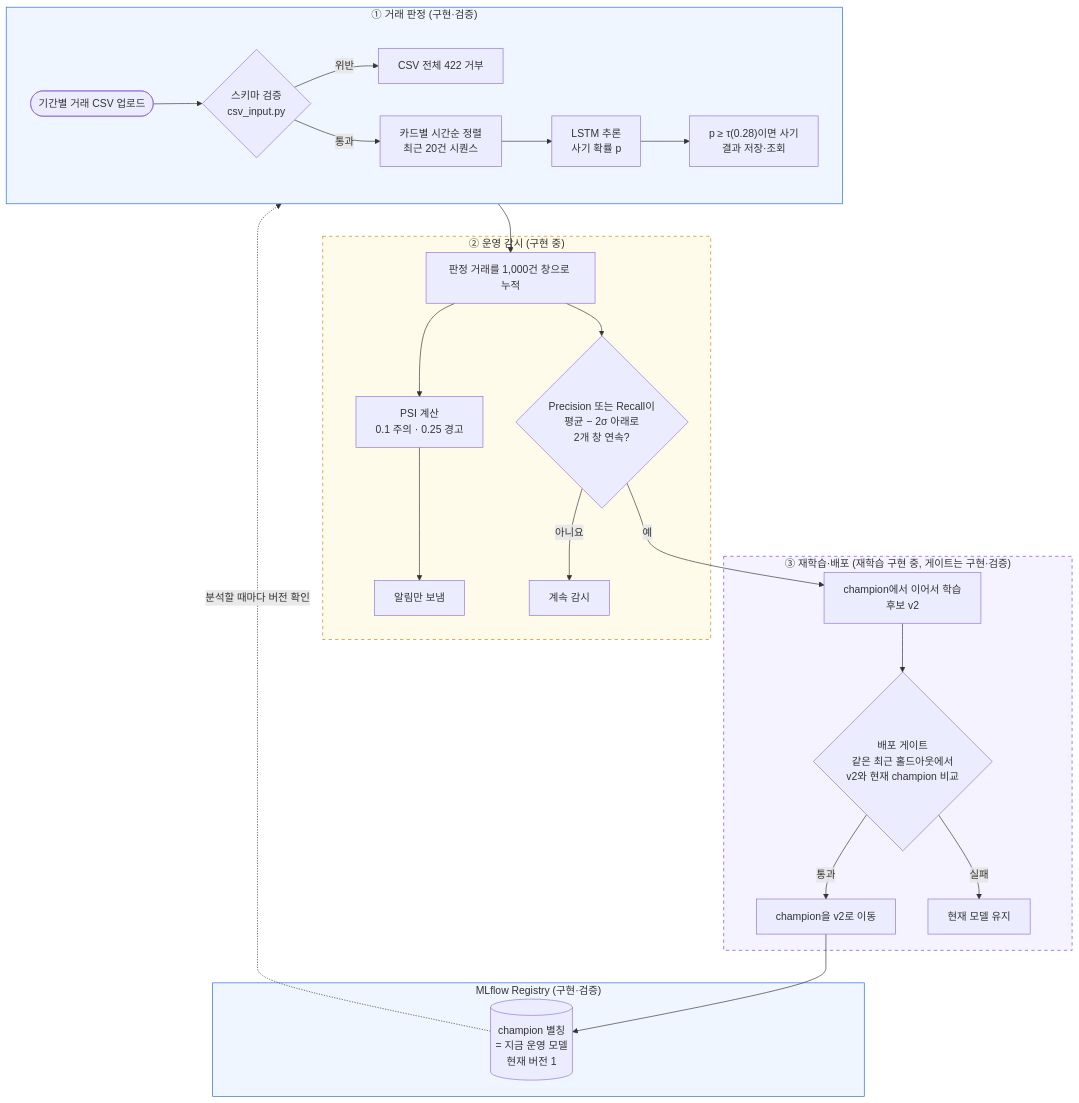
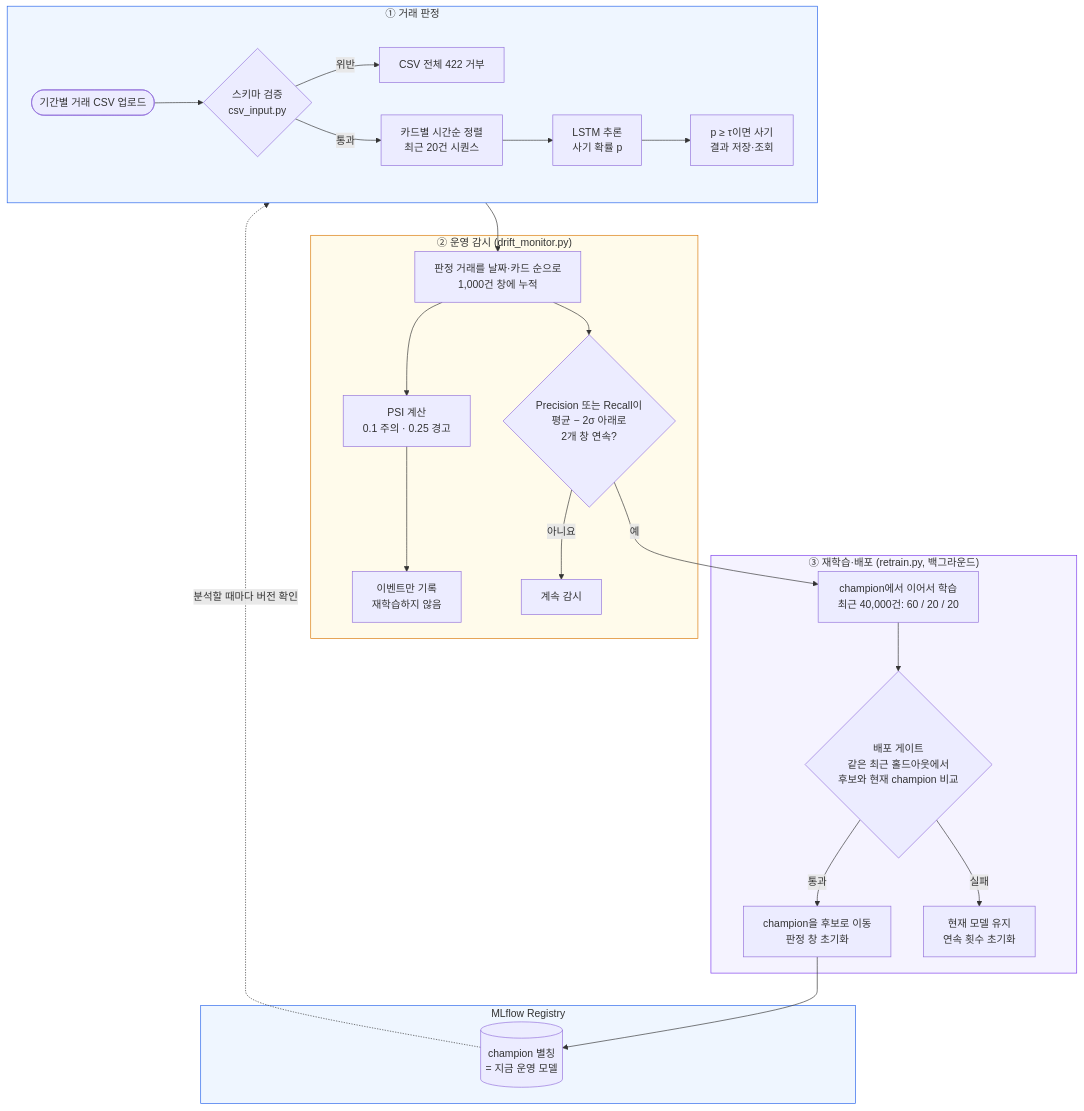
The diagram in docs/발표자-가이드.md (dodohy25n/ops), drawn with Mermaid before and after one commit. The commit also changed other lines of this file, not shown here.

````diff
--- a/docs/발표자-가이드.md
+++ b/docs/발표자-가이드.md
@@ -58,39 +63,39 @@
 ```mermaid
 flowchart TB
-    subgraph done1["① 거래 판정 (구현·검증)"]
+    subgraph s1["① 거래 판정"]
         direction LR
         up(["기간별 거래 CSV 업로드"]) --> val{"스키마 검증<br/>csv_input.py"}
         val -->|위반| r422["CSV 전체 422 거부"]
         val -->|통과| seq["카드별 시간순 정렬<br/>최근 20건 시퀀스"]
         seq --> lstm["LSTM 추론<br/>사기 확률 p"]
-        lstm --> out["p ≥ τ(0.28)이면 사기<br/>결과 저장·조회"]
+        lstm --> out["p ≥ τ이면 사기<br/>결과 저장·조회"]
     end
 
-    subgraph done2["MLflow Registry (구현·검증)"]
-        champ[("champion 별칭<br/>= 지금 운영 모델<br/>현재 버전 1")]
+    subgraph s2["MLflow Registry"]
+        champ[("champion 별칭<br/>= 지금 운영 모델")]
     end
 
-    subgraph wip1["② 운영 감시 (구현 중)"]
-        win["판정 거래를 1,000건 창으로 누적"]
+    subgraph s3["② 운영 감시 (drift_monitor.py)"]
+        win["판정 거래를 날짜·카드 순으로<br/>1,000건 창에 누적"]
         win --> psi["PSI 계산<br/>0.1 주의 · 0.25 경고"]
-        psi --> alert["알림만 보냄"]
+        psi --> alert["이벤트만 기록<br/>재학습하지 않음"]
         win --> pr{"Precision 또는 Recall이<br/>평균 − 2σ 아래로<br/>2개 창 연속?"}
         pr -->|아니요| keepw["계속 감시"]
     end
 
-    subgraph wip2["③ 재학습·배포 (재학습 구현 중, 게이트는 구현·검증)"]
-        ft["champion에서 이어서 학습<br/>후보 v2"] --> gate{"배포 게이트<br/>같은 최근 홀드아웃에서<br/>v2와 현재 champion 비교"}
-        gate -->|통과| move["champion을 v2로 이동"]
-        gate -->|실패| stay["현재 모델 유지"]
+    subgraph s4["③ 재학습·배포 (retrain.py, 백그라운드)"]
+        ft["champion에서 이어서 학습<br/>최근 40,000건: 60 / 20 / 20"] --> gate{"배포 게이트<br/>같은 최근 홀드아웃에서<br/>후보와 현재 champion 비교"}
+        gate -->|통과| move["champion을 후보로 이동<br/>판정 창 초기화"]
+        gate -->|실패| stay["현재 모델 유지<br/>연속 횟수 초기화"]
     end
 
     champ -.->|분석할 때마다 버전 확인| lstm
     out --> win
     pr -->|예| ft
     move --> champ
 
-    style done1 fill:#eff6ff,stroke:#2563eb
-    style done2 fill:#eff6ff,stroke:#2563eb
-    style wip1 fill:#fffbeb,stroke:#d97706,stroke-dasharray: 5 5
-    style wip2 fill:#f5f3ff,stroke:#7c3aed,stroke-dasharray: 5 5
+    style s1 fill:#eff6ff,stroke:#2563eb
+    style s2 fill:#eff6ff,stroke:#2563eb
+    style s3 fill:#fffbeb,stroke:#d97706
+    style s4 fill:#f5f3ff,stroke:#7c3aed
 ```
````
